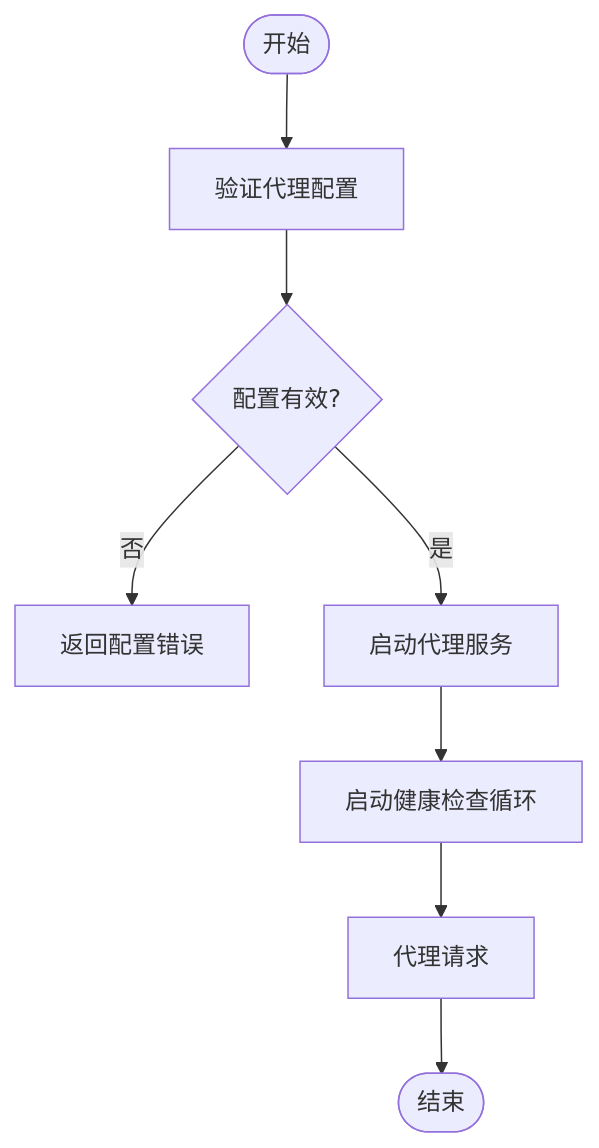
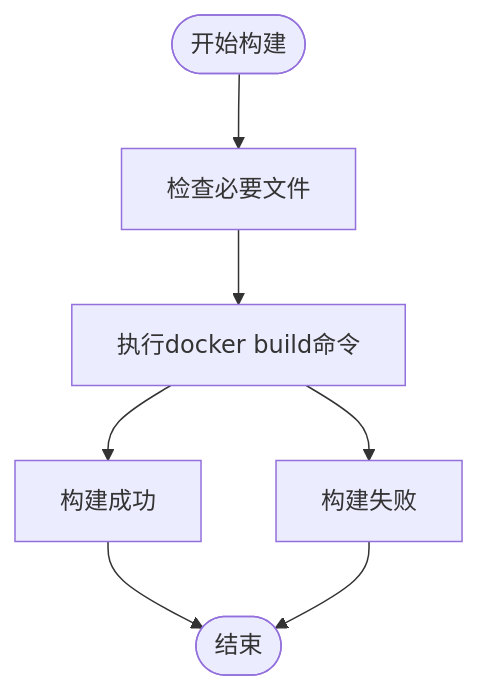
One commit to nuwax-ai/rcoder changed the second of 12 diagrams in .qoder/repowiki/zh/content/部署指南/部署指南.md. Above: the diagram before and after it, drawn with Mermaid. The commit also changed other lines of this file and 185 other files, not shown here.

````diff
--- a/.qoder/repowiki/zh/content/部署指南/部署指南.md
+++ b/.qoder/repowiki/zh/content/部署指南/部署指南.md
@@ -81,10 +55,9 @@
 ```mermaid
 flowchart TD
-Start([开始]) --> ValidateConfig["验证代理配置"]
-ValidateConfig --> ConfigValid{"配置有效?"}
-ConfigValid --> |否| ReturnError["返回配置错误"]
-ConfigValid --> |是| StartProxy["启动代理服务"]
-StartProxy --> CheckHealth["启动健康检查循环"]
-CheckHealth --> ProxyRequests["代理请求"]
-ProxyRequests --> End([结束])
+Start([开始构建]) --> CheckFiles["检查必要文件"]
+CheckFiles --> BuildImage["执行docker build命令"]
+BuildImage --> Success["构建成功"]
+BuildImage --> Failure["构建失败"]
+Success --> End([结束])
+Failure --> End
 ```
````
